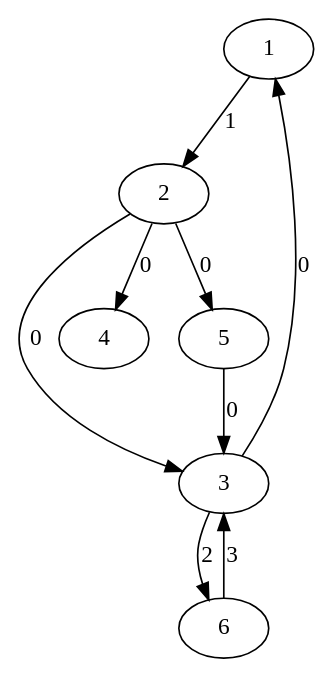
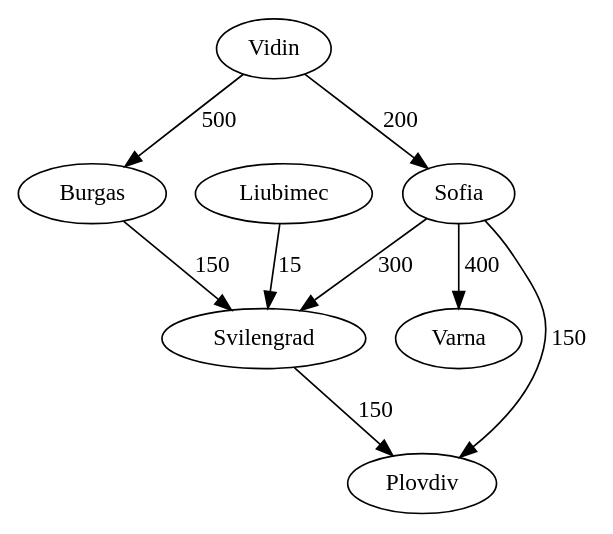
The diagram in Graph/graph.dot (Iliyan0411/Data-Structures), drawn with Graphviz before and after one commit. The commit also changed 4 other files, not shown here.

```diff
--- a/Graph/graph.dot
+++ b/Graph/graph.dot
@@ -1,10 +1,10 @@
 digraph G{
-1->2[label="1"]
-2->3[label="0"]
-2->4[label="0"]
-2->5[label="0"]
-3->1[label="0"]
-3->6[label="2"]
-5->3[label="0"]
-6->3[label="3"]
+Burgas->Svilengrad[label="150"]
+Liubimec->Svilengrad[label="15"]
+Sofia->Plovdiv[label="150"]
+Sofia->Svilengrad[label="300"]
+Sofia->Varna[label="400"]
+Svilengrad->Plovdiv[label="150"]
+Vidin->Burgas[label="500"]
+Vidin->Sofia[label="200"]
 }
```
